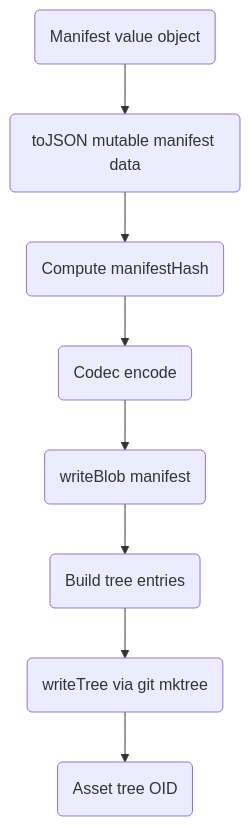
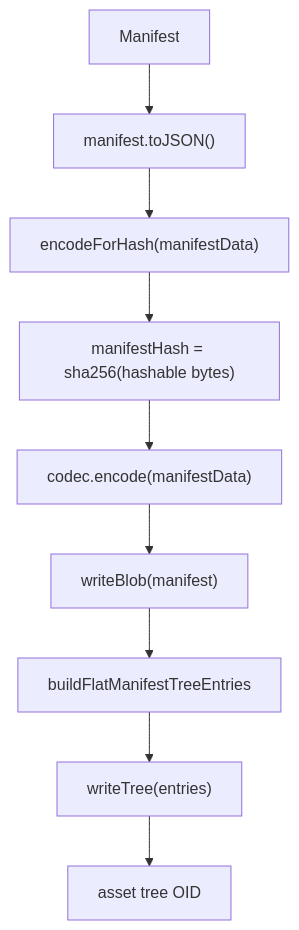
Before and after one commit to git-stunts/git-cas: diagram 14 of 33 in docs/TECHNICAL_TEARDOWN.md, drawn with Mermaid. The commit also changed other lines of this file, not shown here.

````diff
--- a/docs/TECHNICAL_TEARDOWN.md
+++ b/docs/TECHNICAL_TEARDOWN.md
@@ -499,10 +731,11 @@
 ```mermaid
 flowchart TD
-    A("Manifest value object") --> B("toJSON mutable manifest data")
-    B --> C("Compute manifestHash")
-    C --> D("Codec encode")
-    D --> E("writeBlob manifest")
-    E --> F("Build tree entries")
-    F --> G("writeTree via git mktree")
-    G --> H("Asset tree OID")
+    A["Manifest"] --> B["manifest.toJSON()"]
+    B --> C["encodeForHash(manifestData)"]
+    C --> D["manifestHash = sha256(hashable bytes)"]
+    D --> E["codec.encode(manifestData)"]
+    E --> F["writeBlob(manifest)"]
+    F --> G["buildFlatManifestTreeEntries"]
+    G --> H["writeTree(entries)"]
+    H --> I["asset tree OID"]
 ```
````
